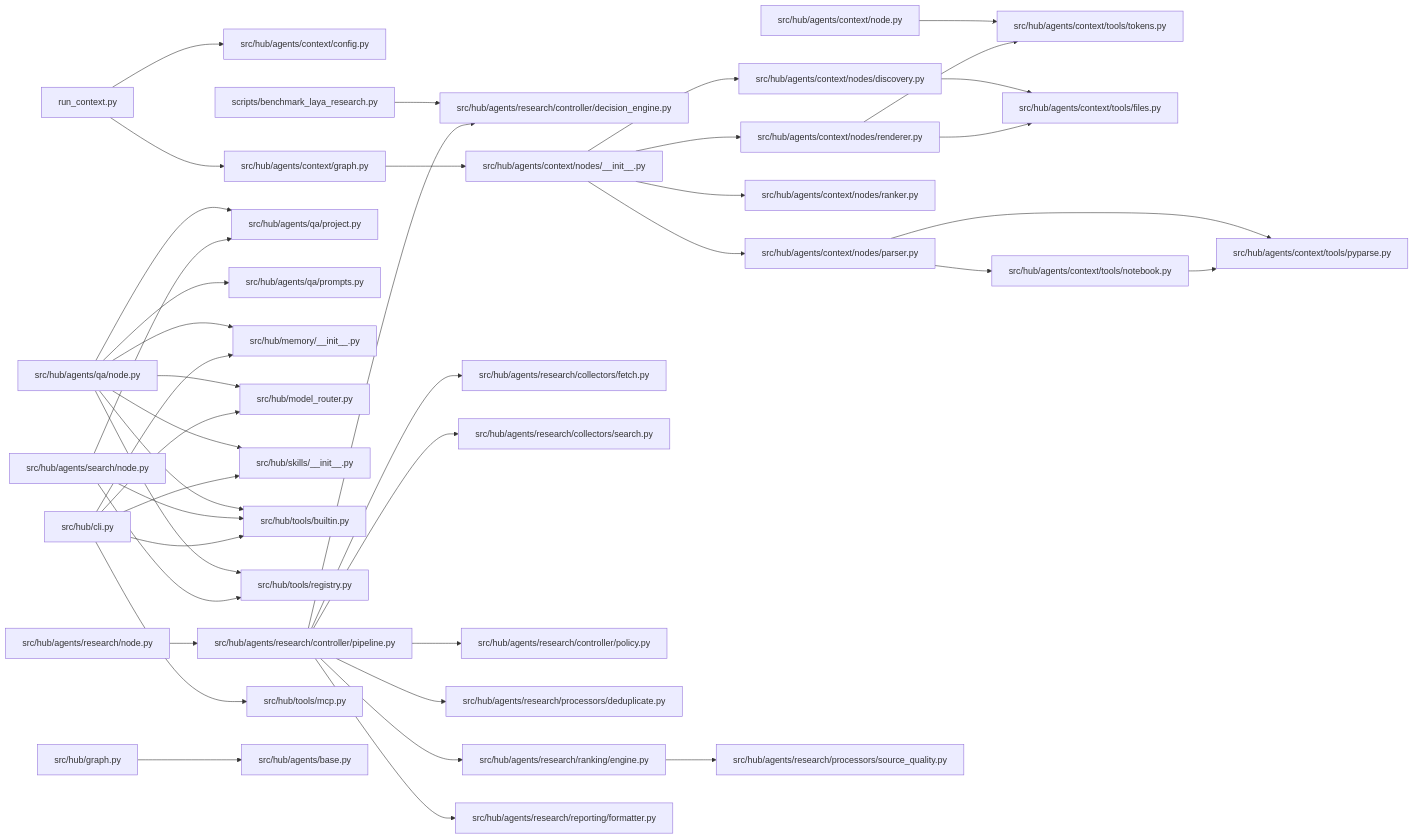
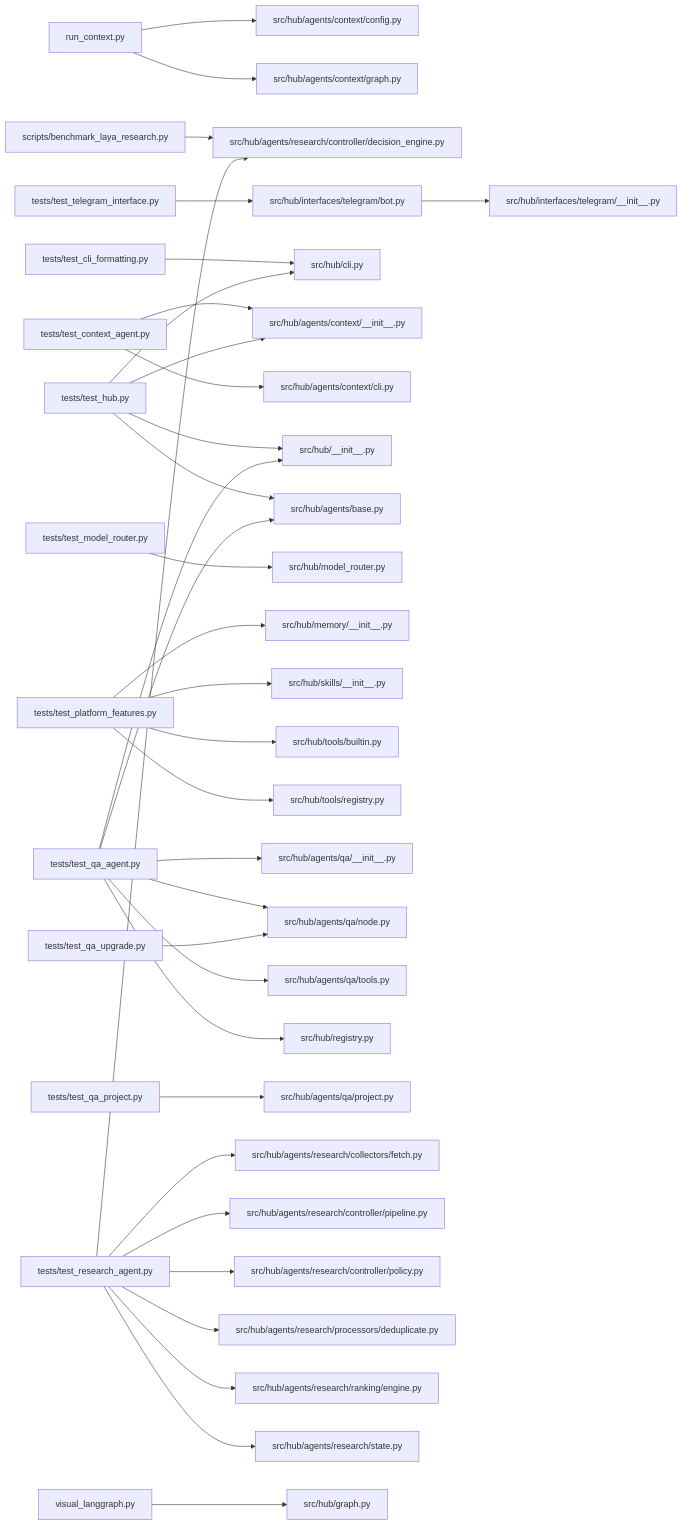
The diagram in PROJECT_CONTEXT_full.md (MinhTrietPhan/multiagent-free), drawn with Mermaid before and after one commit. The commit also changed other lines of this file and 15 other files, not shown here.

````diff
--- a/PROJECT_CONTEXT_full.md
+++ b/PROJECT_CONTEXT_full.md
@@ -118,44 +129,36 @@
 ```mermaid
 graph LR
   run_context_py["run_context.py"] --> src_hub_agents_context_config_py["src/hub/agents/context/config.py"]
   run_context_py["run_context.py"] --> src_hub_agents_context_graph_py["src/hub/agents/context/graph.py"]
   scripts_benchmark_laya_research_py["scripts/benchmark_laya_research.py"] --> src_hub_agents_research_controller_decision_engine_py["src/hub/agents/research/controller/decision_engine.py"]
-  src_hub_agents_context_graph_py["src/hub/agents/context/graph.py"] --> src_hub_agents_context_nodes___init___py["src/hub/agents/context/nodes/__init__.py"]
-  src_hub_agents_context_node_py["src/hub/agents/context/node.py"] --> src_hub_agents_context_tools_tokens_py["src/hub/agents/context/tools/tokens.py"]
-  src_hub_agents_context_nodes___init___py["src/hub/agents/context/nodes/__init__.py"] --> src_hub_agents_context_nodes_discovery_py["src/hub/agents/context/nodes/discovery.py"]
-  src_hub_agents_context_nodes___init___py["src/hub/agents/context/nodes/__init__.py"] --> src_hub_agents_context_nodes_parser_py["src/hub/agents/context/nodes/parser.py"]
-  src_hub_agents_context_nodes___init___py["src/hub/agents/context/nodes/__init__.py"] --> src_hub_agents_context_nodes_ranker_py["src/hub/agents/context/nodes/ranker.py"]
-  src_hub_agents_context_nodes___init___py["src/hub/agents/context/nodes/__init__.py"] --> src_hub_agents_context_nodes_renderer_py["src/hub/agents/context/nodes/renderer.py"]
-  src_hub_agents_context_nodes_discovery_py["src/hub/agents/context/nodes/discovery.py"] --> src_hub_agents_context_tools_files_py["src/hub/agents/context/tools/files.py"]
-  src_hub_agents_context_nodes_parser_py["src/hub/agents/context/nodes/parser.py"] --> src_hub_agents_context_tools_notebook_py["src/hub/agents/context/tools/notebook.py"]
-  src_hub_agents_context_nodes_parser_py["src/hub/agents/context/nodes/parser.py"] --> src_hub_agents_context_tools_pyparse_py["src/hub/agents/context/tools/pyparse.py"]
-  src_hub_agents_context_nodes_renderer_py["src/hub/agents/context/nodes/renderer.py"] --> src_hub_agents_context_tools_files_py["src/hub/agents/context/tools/files.py"]
-  src_hub_agents_context_nodes_renderer_py["src/hub/agents/context/nodes/renderer.py"] --> src_hub_agents_context_tools_tokens_py["src/hub/agents/context/tools/tokens.py"]
-  src_hub_agents_context_tools_notebook_py["src/hub/agents/context/tools/notebook.py"] --> src_hub_agents_context_tools_pyparse_py["src/hub/agents/context/tools/pyparse.py"]
-  src_hub_agents_qa_node_py["src/hub/agents/qa/node.py"] --> src_hub_agents_qa_project_py["src/hub/agents/qa/project.py"]
-  src_hub_agents_qa_node_py["src/hub/agents/qa/node.py"] --> src_hub_agents_qa_prompts_py["src/hub/agents/qa/prompts.py"]
-  src_hub_agents_qa_node_py["src/hub/agents/qa/node.py"] --> src_hub_memory___init___py["src/hub/memory/__init__.py"]
-  src_hub_agents_qa_node_py["src/hub/agents/qa/node.py"] --> src_hub_model_router_py["src/hub/model_router.py"]
-  src_hub_agents_qa_node_py["src/hub/agents/qa/node.py"] --> src_hub_skills___init___py["src/hub/skills/__init__.py"]
-  src_hub_agents_qa_node_py["src/hub/agents/qa/node.py"] --> src_hub_tools_builtin_py["src/hub/tools/builtin.py"]
-  src_hub_agents_qa_node_py["src/hub/agents/qa/node.py"] --> src_hub_tools_registry_py["src/hub/tools/registry.py"]
-  src_hub_agents_research_controller_pipeline_py["src/hub/agents/research/controller/pipeline.py"] --> src_hub_agents_research_collectors_fetch_py["src/hub/agents/research/collectors/fetch.py"]
-  src_hub_agents_research_controller_pipeline_py["src/hub/agents/research/controller/pipeline.py"] --> src_hub_agents_research_collectors_search_py["src/hub/agents/research/collectors/search.py"]
-  src_hub_agents_research_controller_pipeline_py["src/hub/agents/research/controller/pipeline.py"] --> src_hub_agents_research_controller_decision_engine_py["src/hub/agents/research/controller/decision_engine.py"]
-  src_hub_agents_research_controller_pipeline_py["src/hub/agents/research/controller/pipeline.py"] --> src_hub_agents_research_controller_policy_py["src/hub/agents/research/controller/policy.py"]
-  src_hub_agents_research_controller_pipeline_py["src/hub/agents/research/controller/pipeline.py"] --> src_hub_agents_research_processors_deduplicate_py["src/hub/agents/research/processors/deduplicate.py"]
-  src_hub_agents_research_controller_pipeline_py["src/hub/agents/research/controller/pipeline.py"] --> src_hub_agents_research_ranking_engine_py["src/hub/agents/research/ranking/engine.py"]
-  src_hub_agents_research_controller_pipeline_py["src/hub/agents/research/controller/pipeline.py"] --> src_hub_agents_research_reporting_formatter_py["src/hub/agents/research/reporting/formatter.py"]
-  src_hub_agents_research_node_py["src/hub/agents/research/node.py"] --> src_hub_agents_research_controller_pipeline_py["src/hub/agents/research/controller/pipeline.py"]
-  src_hub_agents_research_ranking_engine_py["src/hub/agents/research/ranking/engine.py"] --> src_hub_agents_research_processors_source_quality_py["src/hub/agents/research/processors/source_quality.py"]
-  src_hub_agents_search_node_py["src/hub/agents/search/node.py"] --> src_hub_agents_qa_project_py["src/hub/agents/qa/project.py"]
-  src_hub_agents_search_node_py["src/hub/agents/search/node.py"] --> src_hub_tools_builtin_py["src/hub/tools/builtin.py"]
-  src_hub_agents_search_node_py["src/hub/agents/search/node.py"] --> src_hub_tools_registry_py["src/hub/tools/registry.py"]
-  src_hub_cli_py["src/hub/cli.py"] --> src_hub_memory___init___py["src/hub/memory/__init__.py"]
-  src_hub_cli_py["src/hub/cli.py"] --> src_hub_model_router_py["src/hub/model_router.py"]
-  src_hub_cli_py["src/hub/cli.py"] --> src_hub_skills___init___py["src/hub/skills/__init__.py"]
-  src_hub_cli_py["src/hub/cli.py"] --> src_hub_tools_builtin_py["src/hub/tools/builtin.py"]
-  src_hub_cli_py["src/hub/cli.py"] --> src_hub_tools_mcp_py["src/hub/tools/mcp.py"]
-  src_hub_graph_py["src/hub/graph.py"] --> src_hub_agents_base_py["src/hub/agents/base.py"]
-  %% +39 more edges omitted
+  src_hub_interfaces_telegram_bot_py["src/hub/interfaces/telegram/bot.py"] --> src_hub_interfaces_telegram___init___py["src/hub/interfaces/telegram/__init__.py"]
+  tests_test_cli_formatting_py["tests/test_cli_formatting.py"] --> src_hub_cli_py["src/hub/cli.py"]
+  tests_test_context_agent_py["tests/test_context_agent.py"] --> src_hub_agents_context___init___py["src/hub/agents/context/__init__.py"]
+  tests_test_context_agent_py["tests/test_context_agent.py"] --> src_hub_agents_context_cli_py["src/hub/agents/context/cli.py"]
+  tests_test_hub_py["tests/test_hub.py"] --> src_hub___init___py["src/hub/__init__.py"]
+  tests_test_hub_py["tests/test_hub.py"] --> src_hub_agents_base_py["src/hub/agents/base.py"]
+  tests_test_hub_py["tests/test_hub.py"] --> src_hub_agents_context___init___py["src/hub/agents/context/__init__.py"]
+  tests_test_hub_py["tests/test_hub.py"] --> src_hub_cli_py["src/hub/cli.py"]
+  tests_test_model_router_py["tests/test_model_router.py"] --> src_hub_model_router_py["src/hub/model_router.py"]
+  tests_test_platform_features_py["tests/test_platform_features.py"] --> src_hub_memory___init___py["src/hub/memory/__init__.py"]
+  tests_test_platform_features_py["tests/test_platform_features.py"] --> src_hub_skills___init___py["src/hub/skills/__init__.py"]
+  tests_test_platform_features_py["tests/test_platform_features.py"] --> src_hub_tools_builtin_py["src/hub/tools/builtin.py"]
+  tests_test_platform_features_py["tests/test_platform_features.py"] --> src_hub_tools_registry_py["src/hub/tools/registry.py"]
+  tests_test_qa_agent_py["tests/test_qa_agent.py"] --> src_hub___init___py["src/hub/__init__.py"]
+  tests_test_qa_agent_py["tests/test_qa_agent.py"] --> src_hub_agents_base_py["src/hub/agents/base.py"]
+  tests_test_qa_agent_py["tests/test_qa_agent.py"] --> src_hub_agents_qa___init___py["src/hub/agents/qa/__init__.py"]
+  tests_test_qa_agent_py["tests/test_qa_agent.py"] --> src_hub_agents_qa_node_py["src/hub/agents/qa/node.py"]
+  tests_test_qa_agent_py["tests/test_qa_agent.py"] --> src_hub_agents_qa_tools_py["src/hub/agents/qa/tools.py"]
+  tests_test_qa_agent_py["tests/test_qa_agent.py"] --> src_hub_registry_py["src/hub/registry.py"]
+  tests_test_qa_project_py["tests/test_qa_project.py"] --> src_hub_agents_qa_project_py["src/hub/agents/qa/project.py"]
+  tests_test_qa_upgrade_py["tests/test_qa_upgrade.py"] --> src_hub_agents_qa_node_py["src/hub/agents/qa/node.py"]
+  tests_test_research_agent_py["tests/test_research_agent.py"] --> src_hub_agents_research_collectors_fetch_py["src/hub/agents/research/collectors/fetch.py"]
+  tests_test_research_agent_py["tests/test_research_agent.py"] --> src_hub_agents_research_controller_decision_engine_py["src/hub/agents/research/controller/decision_engine.py"]
+  tests_test_research_agent_py["tests/test_research_agent.py"] --> src_hub_agents_research_controller_pipeline_py["src/hub/agents/research/controller/pipeline.py"]
+  tests_test_research_agent_py["tests/test_research_agent.py"] --> src_hub_agents_research_controller_policy_py["src/hub/agents/research/controller/policy.py"]
+  tests_test_research_agent_py["tests/test_research_agent.py"] --> src_hub_agents_research_processors_deduplicate_py["src/hub/agents/research/processors/deduplicate.py"]
+  tests_test_research_agent_py["tests/test_research_agent.py"] --> src_hub_agents_research_ranking_engine_py["src/hub/agents/research/ranking/engine.py"]
+  tests_test_research_agent_py["tests/test_research_agent.py"] --> src_hub_agents_research_state_py["src/hub/agents/research/state.py"]
+  tests_test_telegram_interface_py["tests/test_telegram_interface.py"] --> src_hub_interfaces_telegram_bot_py["src/hub/interfaces/telegram/bot.py"]
+  visual_langgraph_py["visual_langgraph.py"] --> src_hub_graph_py["src/hub/graph.py"]
 ```
````
